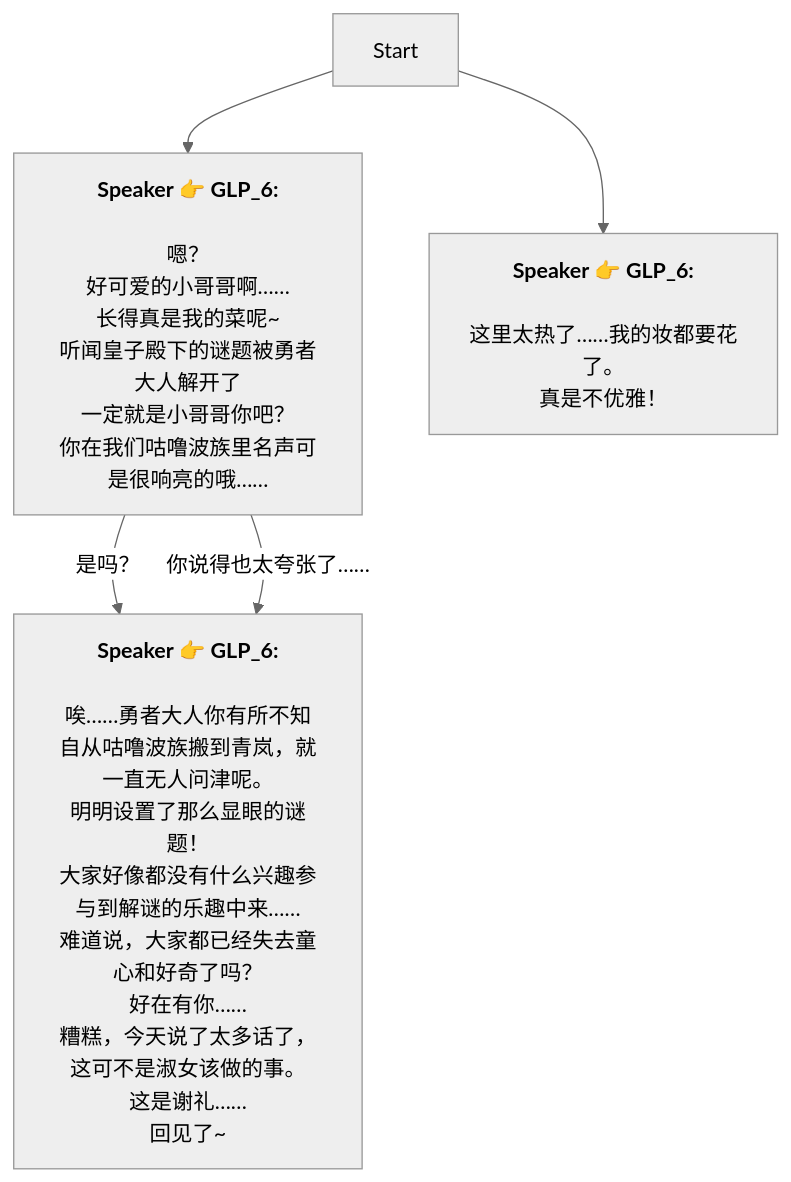
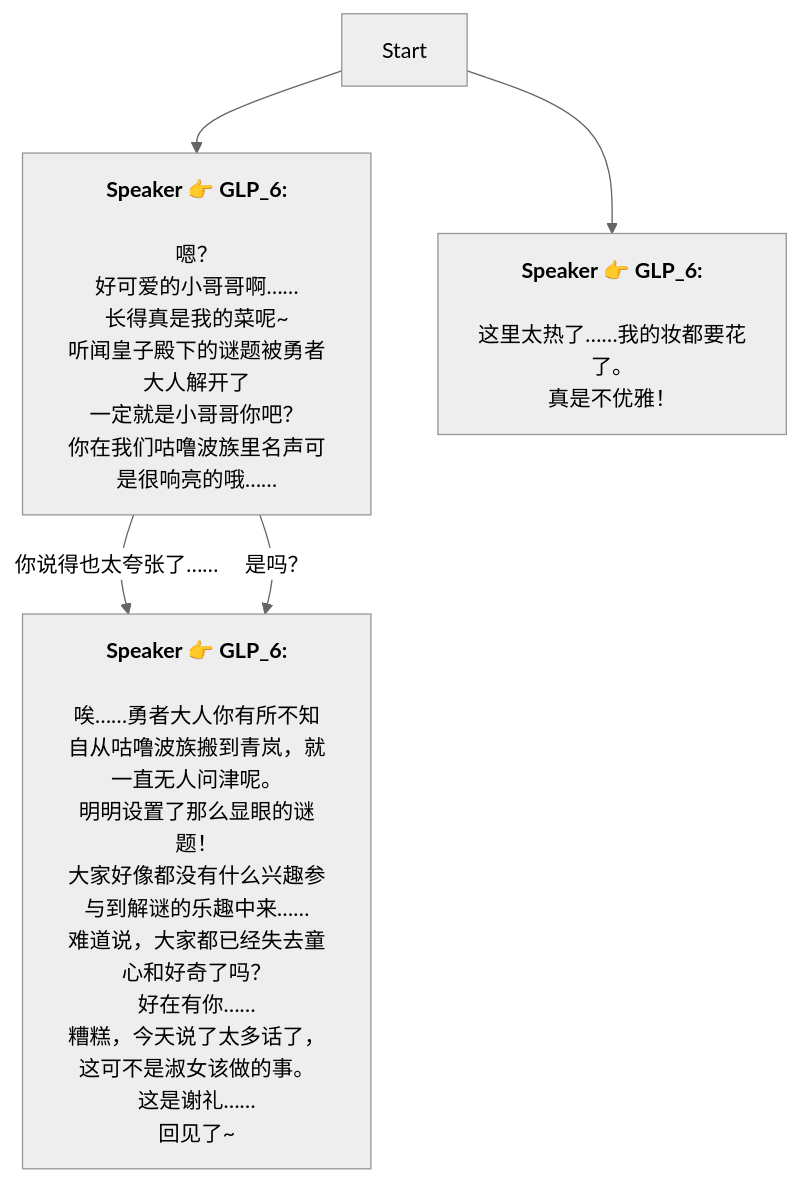
One commit to SoftHu/tos_avg changed the diagram in Zh/GLP_2.md. Above: the diagram before and after it, drawn with Mermaid (neutral theme). The commit also changed other lines of this file and 780 other files, not shown here.

````diff
--- a/Zh/GLP_2.md
+++ b/Zh/GLP_2.md
@@ -1,27 +1,27 @@
 ```mermaid
 graph
 Start -->1719156857777177[<b>Speaker 👉 GLP_6:</b>
 \n嗯？
 好可爱的小哥哥啊……
 长得真是我的菜呢~\n听闻皇子殿下的谜题被勇者大人解开了
 一定就是小哥哥你吧？
 你在我们咕噜波族里名声可是很响亮的哦……]
-1719156857777177 -->|是吗？|1719158112470046[<b>Speaker 👉 GLP_6:</b>
+1719156857777177 -->|你说得也太夸张了……|1719158112470046[<b>Speaker 👉 GLP_6:</b>
 \n唉……勇者大人你有所不知
 自从咕噜波族搬到青岚，就一直无人问津呢。\n明明设置了那么显眼的谜题！
 大家好像都没有什么兴趣参与到解谜的乐趣中来……
 难道说，大家都已经失去童心和好奇了吗？\n好在有你……
 糟糕，今天说了太多话了，这可不是淑女该做的事。\n这是谢礼……
 回见了~]
-1719156857777177 -->|你说得也太夸张了……|1719158112470046[<b>Speaker 👉 GLP_6:</b>
+1719156857777177 -->|是吗？|1719158112470046[<b>Speaker 👉 GLP_6:</b>
 \n唉……勇者大人你有所不知
 自从咕噜波族搬到青岚，就一直无人问津呢。\n明明设置了那么显眼的谜题！
 大家好像都没有什么兴趣参与到解谜的乐趣中来……
 难道说，大家都已经失去童心和好奇了吗？\n好在有你……
 糟糕，今天说了太多话了，这可不是淑女该做的事。\n这是谢礼……
 回见了~]
 Start -->1724023032485937[<b>Speaker 👉 GLP_6:</b>
 \n这里太热了……我的妆都要花了。
 真是不优雅！]
 
 ```
````
